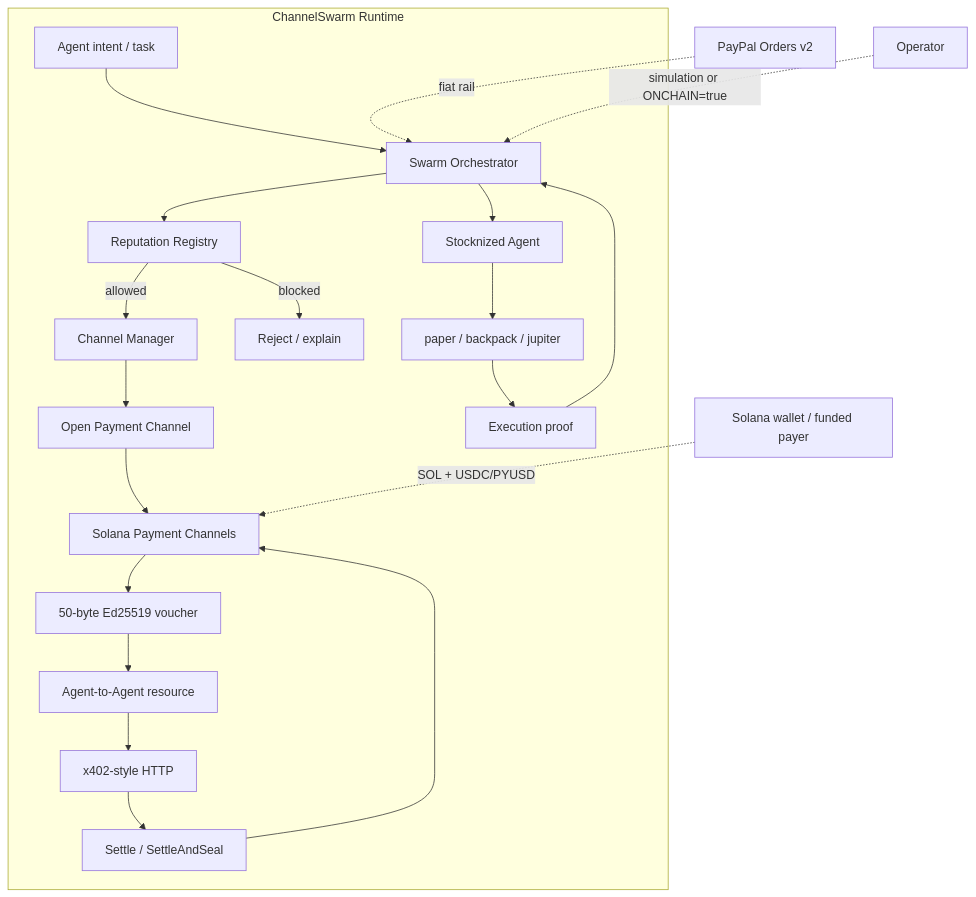
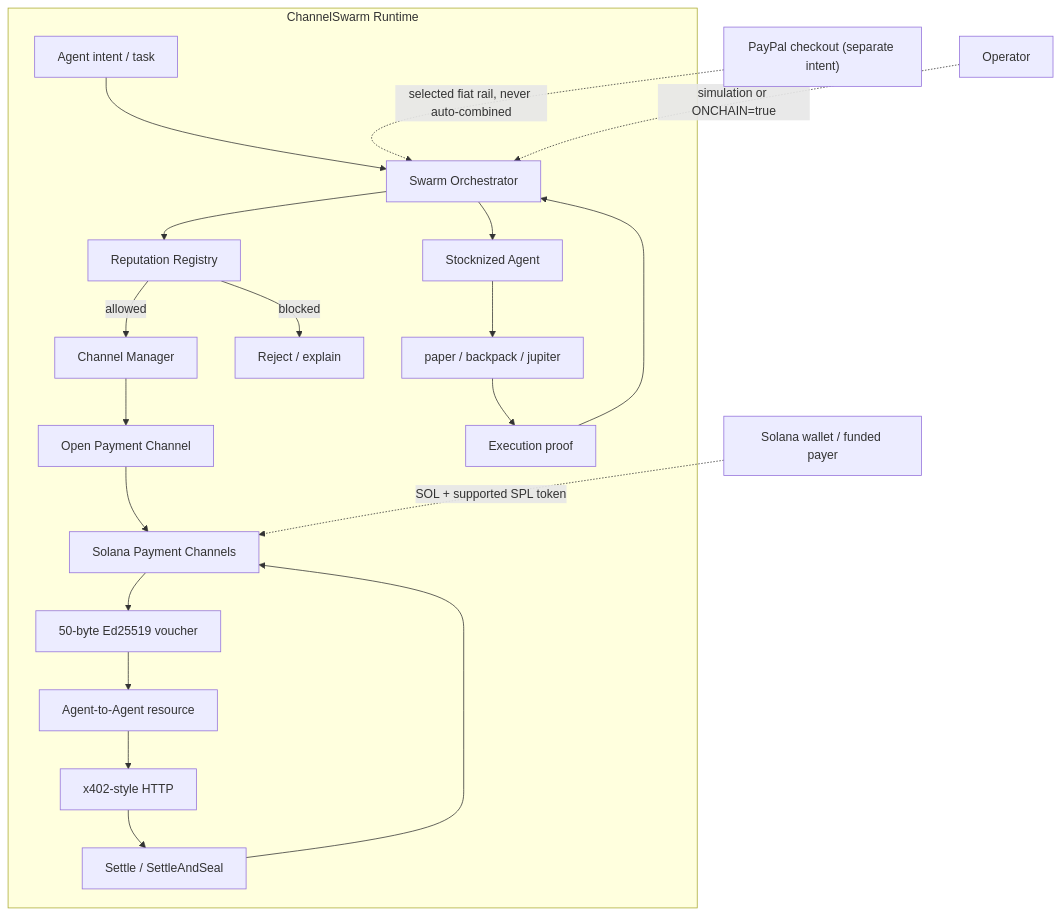
One commit to wadezigh96/Channel_Swarm changed the diagram in README.md. Above: the diagram before and after it, drawn with Mermaid. The commit also changed other lines of this file and 40 other files, not shown here.

First line of the commit message:
feat: harden payment rails and add MCP PayPal quickstart

````diff
--- a/README.md
+++ b/README.md
@@ -59,27 +60,27 @@
 ```mermaid
 flowchart TB
     subgraph ChannelSwarm["ChannelSwarm Runtime"]
         U["Agent intent / task"] --> O["Swarm Orchestrator"]
         O --> REP["Reputation Registry"]
         REP -->|allowed| CM["Channel Manager"]
         REP -->|blocked| X["Reject / explain"]
 
         CM --> OPEN["Open Payment Channel"]
         OPEN --> PC["Solana Payment Channels"]
         PC --> V["50-byte Ed25519 voucher"]
 
         V --> A["Agent-to-Agent resource"]
         A --> X402["x402-style HTTP"]
         X402 --> SET["Settle / SettleAndSeal"]
         SET --> PC
 
         O --> STOCK["Stocknized Agent"]
         STOCK --> EXEC["paper / backpack / jupiter"]
         EXEC --> PROOF["Execution proof"]
         PROOF --> O
     end
 
-    SOL["Solana wallet / funded payer"] -.->|SOL + USDC/PYUSD| PC
-    PAYPAL["PayPal Orders v2"] -.->|fiat rail| O
+    SOL["Solana wallet / funded payer"] -.->|SOL + supported SPL token| PC
+    PAYPAL["PayPal checkout (separate intent)"] -.->|selected fiat rail, never auto-combined| O
     USER["Operator"] -.->|simulation or ONCHAIN=true| O
 ```
````
